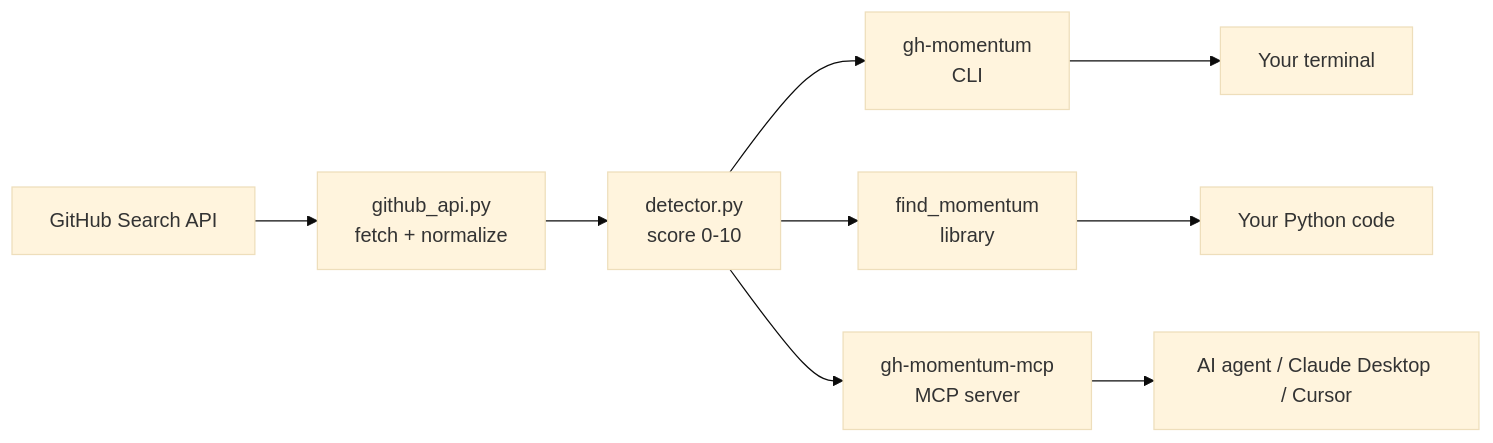
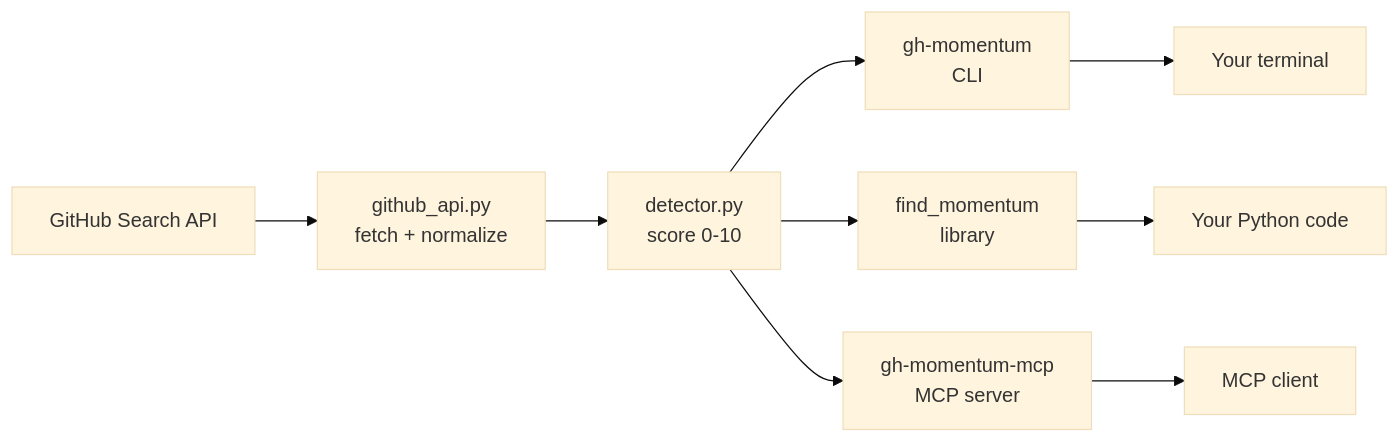
Before and after one commit to Dheightsan/gh-momentum: the diagram in README.md, drawn with Mermaid (base theme). The commit also changed other lines of this file and 3 other files, not shown here.

````diff
--- a/README.md
+++ b/README.md
@@ -40,18 +40,18 @@
 ```mermaid
 flowchart LR
     GH[GitHub Search API]
     Fetcher["github_api.py<br/>fetch + normalize"]
     Scorer["detector.py<br/>score 0-10"]
     CLI["gh-momentum<br/>CLI"]
     Lib["find_momentum<br/>library"]
     MCP["gh-momentum-mcp<br/>MCP server"]
     Terminal[Your terminal]
     Code[Your Python code]
-    Agent[AI agent / Claude Desktop / Cursor]
+    Agent[MCP client]
 
     GH --> Fetcher
     Fetcher --> Scorer
     Scorer --> CLI --> Terminal
     Scorer --> Lib --> Code
     Scorer --> MCP --> Agent
 ```
````
